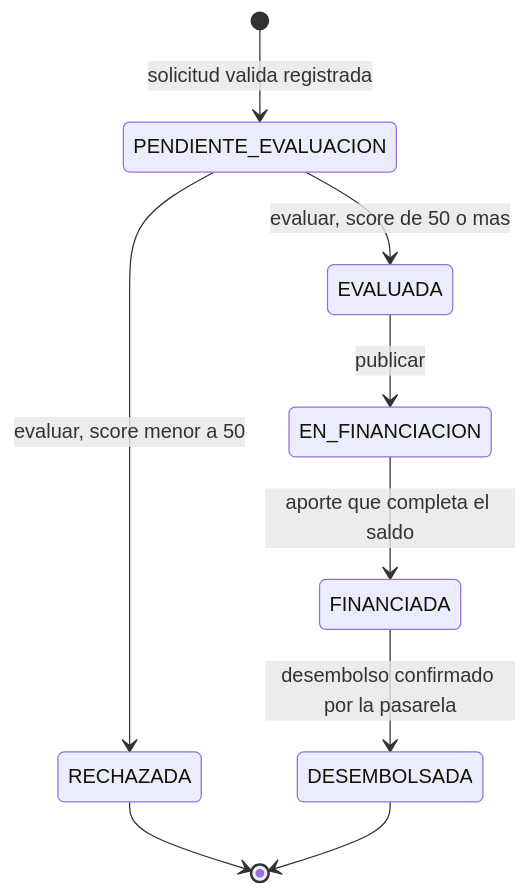
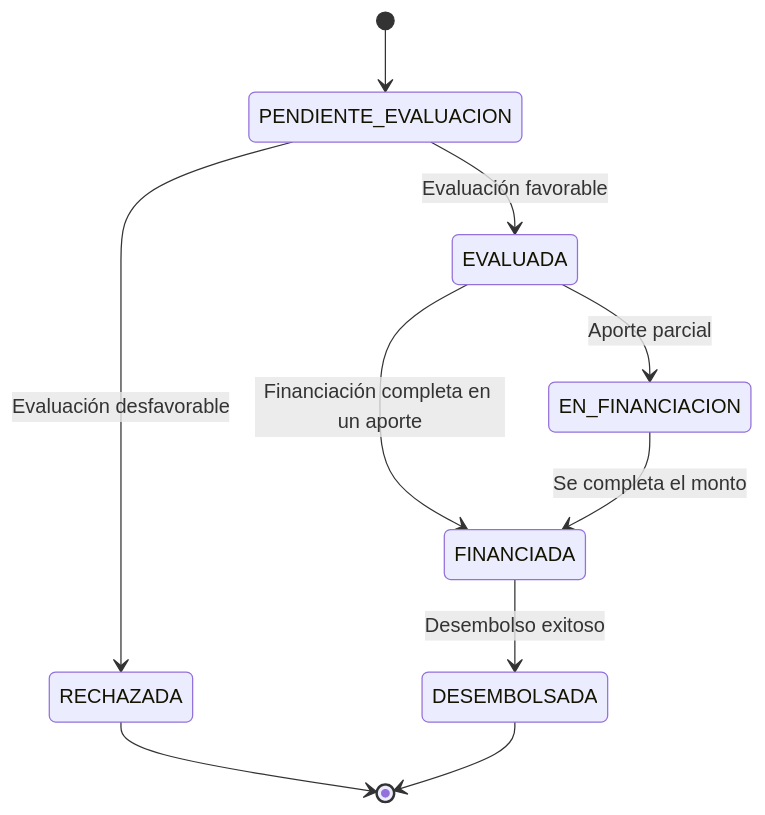
One commit to SantiagoRodriguez114/PayFast changed the first of 2 diagrams in docs/uml/estados.md. Above: the diagram before and after it, drawn with Mermaid. The commit also changed other lines of this file and 8 other files, not shown here.

````diff
--- a/docs/uml/estados.md
+++ b/docs/uml/estados.md
@@ -8,11 +7,12 @@
 ```mermaid
 stateDiagram-v2
-    [*] --> PENDIENTE_EVALUACION : solicitud valida registrada
-    PENDIENTE_EVALUACION --> EVALUADA : evaluar, score de 50 o mas
-    PENDIENTE_EVALUACION --> RECHAZADA : evaluar, score menor a 50
-    EVALUADA --> EN_FINANCIACION : publicar
-    EN_FINANCIACION --> FINANCIADA : aporte que completa el saldo
-    FINANCIADA --> DESEMBOLSADA : desembolso confirmado por la pasarela
+    [*] --> PENDIENTE_EVALUACION
+    PENDIENTE_EVALUACION --> EVALUADA: Evaluación favorable
+    PENDIENTE_EVALUACION --> RECHAZADA: Evaluación desfavorable
+    EVALUADA --> EN_FINANCIACION: Aporte parcial
+    EVALUADA --> FINANCIADA: Financiación completa en un aporte
+    EN_FINANCIACION --> FINANCIADA: Se completa el monto
+    FINANCIADA --> DESEMBOLSADA: Desembolso exitoso
     RECHAZADA --> [*]
     DESEMBOLSADA --> [*]
 ```
````
